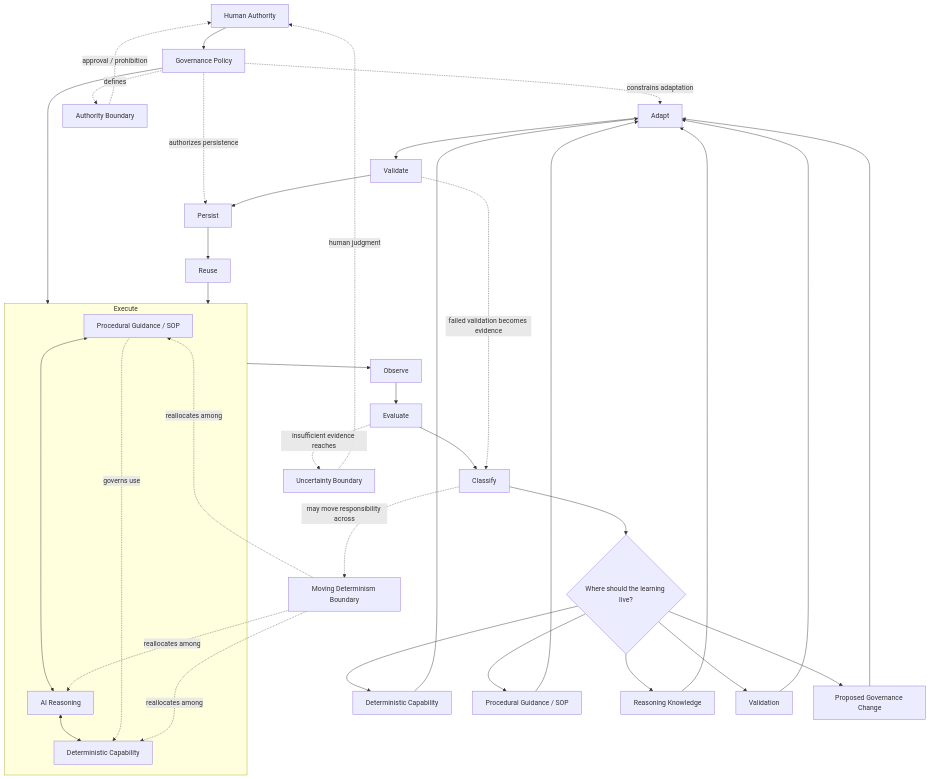
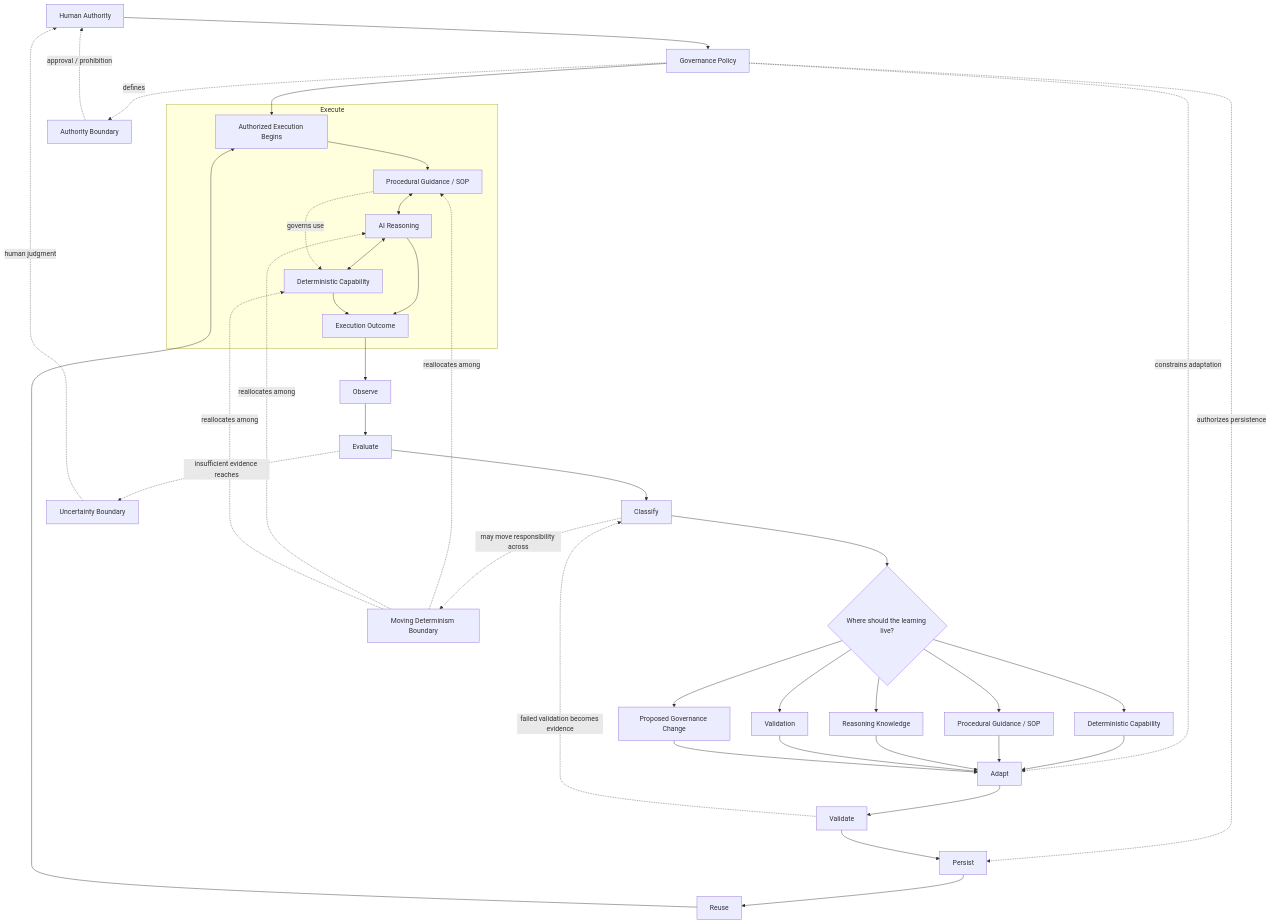
Before and after one commit to infoconex/ai-flywheel: the diagram in docs/architecture/operating-model.md, drawn with Mermaid. The commit also changed other lines of this file, not shown here.

Commit message:
Harden complete operating model diagram and boundary wording

````diff
--- a/docs/architecture/operating-model.md
+++ b/docs/architecture/operating-model.md
@@ -7,51 +7,57 @@
 ```mermaid
 flowchart TD
     H[Human Authority] --> G[Governance Policy]
 
-    G --> X
+    G --> START
     G -. constrains adaptation .-> A
     G -. authorizes persistence .-> P
 
-    subgraph X[Execute]
+    subgraph EXECUTE[Execute]
+        START[Authorized Execution Begins]
         SOP[Procedural Guidance / SOP]
         AI[AI Reasoning]
         DC[Deterministic Capability]
+        OUT[Execution Outcome]
+
+        START --> SOP
         SOP <--> AI
         AI <--> DC
         SOP -. governs use .-> DC
+        AI --> OUT
+        DC --> OUT
     end
 
-    X --> O[Observe]
+    OUT --> O[Observe]
     O --> E[Evaluate]
     E --> C[Classify]
 
     C --> Q{Where should the learning live?}
 
     Q --> D1[Deterministic Capability]
     Q --> D2[Procedural Guidance / SOP]
     Q --> D3[Reasoning Knowledge]
     Q --> D4[Validation]
     Q --> D5[Proposed Governance Change]
 
     D1 --> A[Adapt]
     D2 --> A
     D3 --> A
     D4 --> A
     D5 --> A
 
     A --> V[Validate]
     V --> P[Persist]
     P --> R[Reuse]
-    R --> X
+    R --> START
 
     V -. failed validation becomes evidence .-> C
     C -. may move responsibility across .-> MDB[Moving Determinism Boundary]
     MDB -. reallocates among .-> SOP
     MDB -. reallocates among .-> AI
     MDB -. reallocates among .-> DC
 
     G -. defines .-> AB[Authority Boundary]
     E -. insufficient evidence reaches .-> UB[Uncertainty Boundary]
     AB -. approval / prohibition .-> H
     UB -. human judgment .-> H
 ```
````
